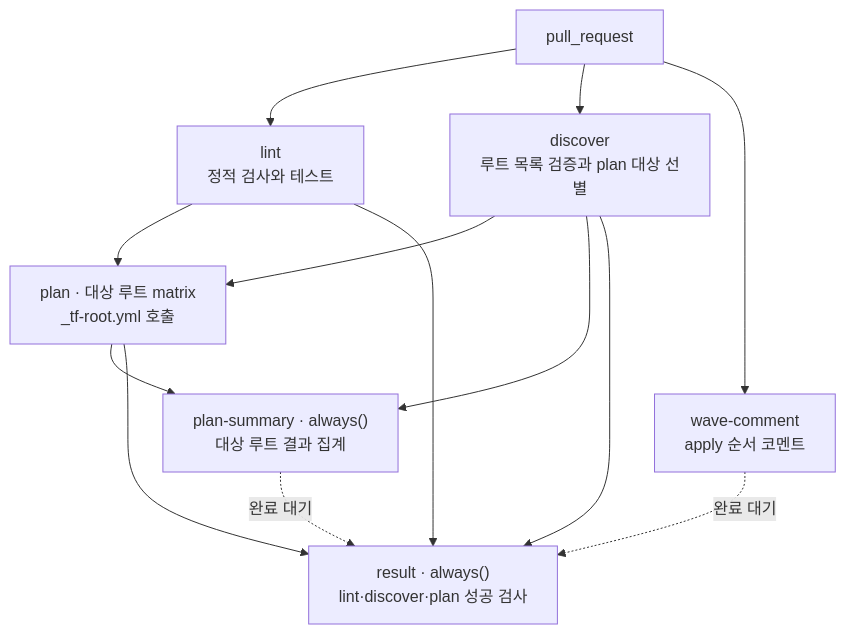
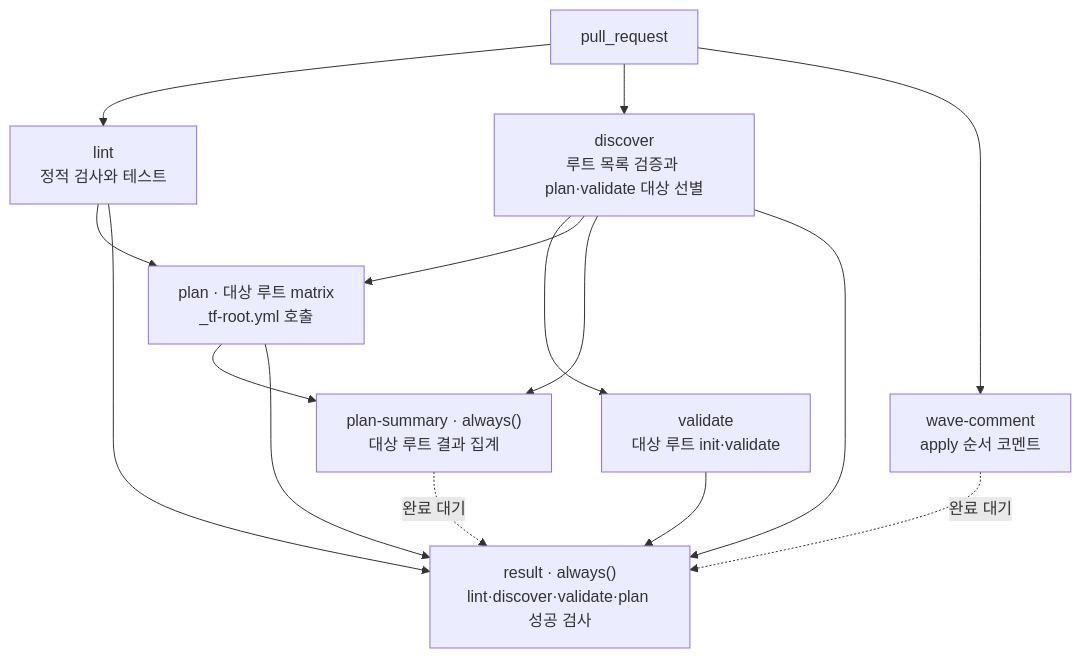
The first of 2 diagrams in docs/ci/plan.md (kintoun-secops/kintoun-infra), drawn with Mermaid before and after one commit. The commit also changed other lines of this file and 8 other files, not shown here.

````diff
--- a/docs/ci/plan.md
+++ b/docs/ci/plan.md
@@ -8,15 +8,17 @@
 ```mermaid
 flowchart TD
     PR["pull_request"] --> Lint["lint<br/>정적 검사와 테스트"]
-    PR --> Discover["discover<br/>루트 목록 검증과 plan 대상 선별"]
+    PR --> Discover["discover<br/>루트 목록 검증과 plan·validate 대상 선별"]
     PR --> Wave["wave-comment<br/>apply 순서 코멘트"]
+    Discover --> Validate["validate<br/>대상 루트 init·validate"]
     Lint --> Plan["plan · 대상 루트 matrix<br/>_tf-root.yml 호출"]
     Discover --> Plan
     Discover --> Summary["plan-summary · always()<br/>대상 루트 결과 집계"]
     Plan --> Summary
-    Lint --> Result["result · always()<br/>lint·discover·plan 성공 검사"]
+    Lint --> Result["result · always()<br/>lint·discover·validate·plan 성공 검사"]
     Discover --> Result
+    Validate --> Result
     Plan --> Result
     Wave -.->|완료 대기| Result
     Summary -.->|완료 대기| Result
 ```
````
